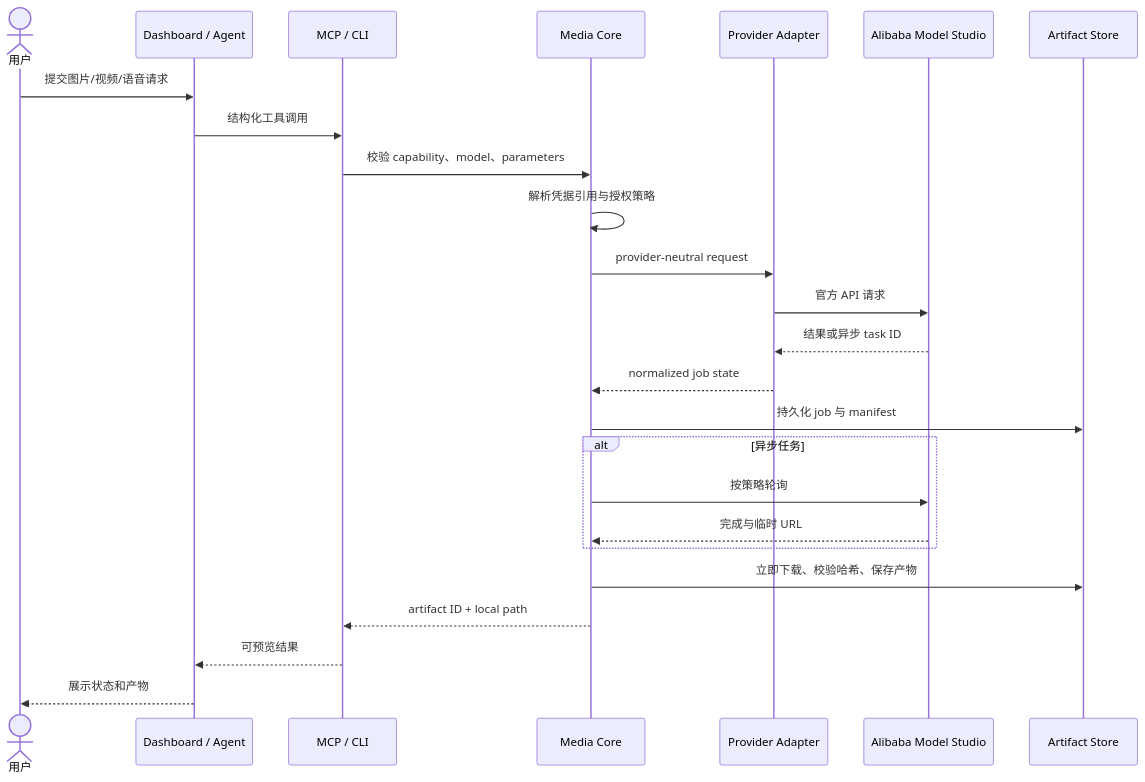
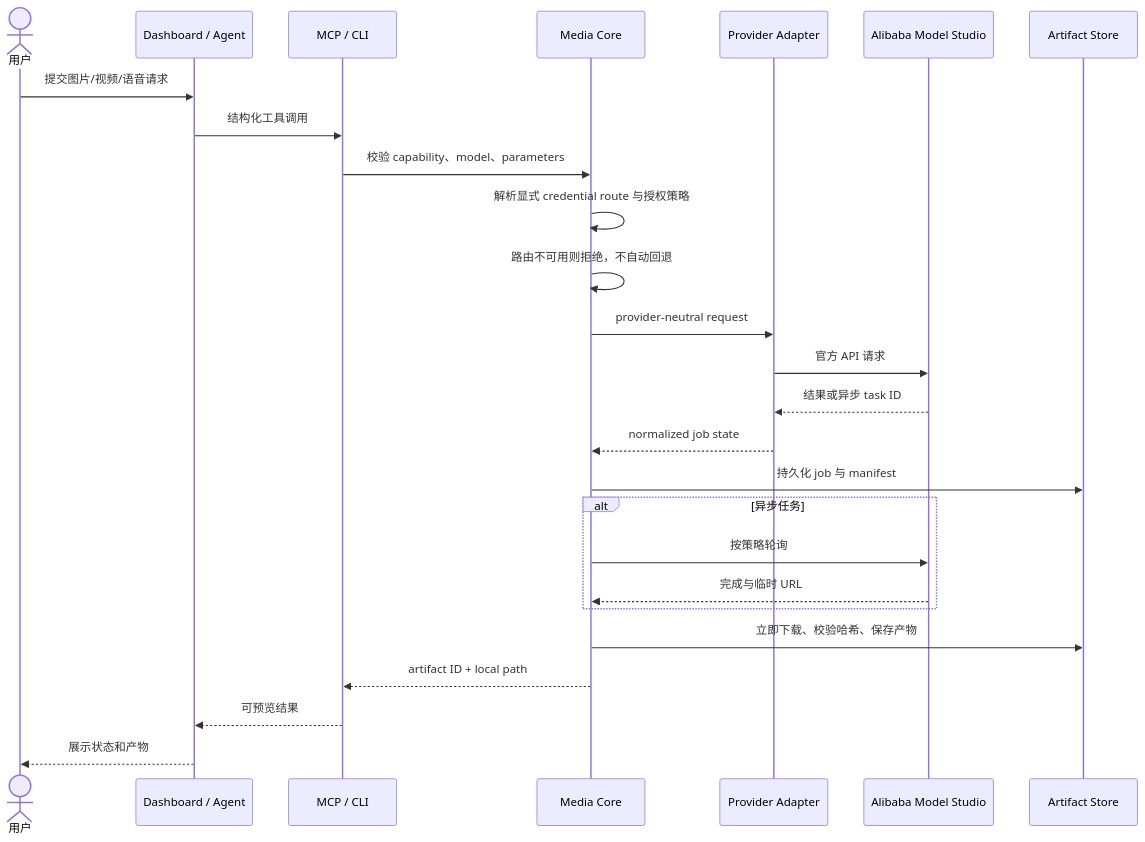
One commit to coconilu/token-plan-media-hub changed the third of 5 diagrams in docs/user-flows.zh-CN.md. Above: the diagram before and after it, drawn with Mermaid. The commit also changed other lines of this file and 9 other files, not shown here.

````diff
--- a/docs/user-flows.zh-CN.md
+++ b/docs/user-flows.zh-CN.md
@@ -44,28 +46,29 @@
 ```mermaid
 sequenceDiagram
     actor U as 用户
     participant X as Dashboard / Agent
     participant M as MCP / CLI
     participant C as Media Core
     participant P as Provider Adapter
     participant A as Alibaba Model Studio
     participant S as Artifact Store
 
     U->>X: 提交图片/视频/语音请求
     X->>M: 结构化工具调用
     M->>C: 校验 capability、model、parameters
-    C->>C: 解析凭据引用与授权策略
+    C->>C: 解析显式 credential route 与授权策略
+    C->>C: 路由不可用则拒绝，不自动回退
     C->>P: provider-neutral request
     P->>A: 官方 API 请求
     A-->>P: 结果或异步 task ID
     P-->>C: normalized job state
     C->>S: 持久化 job 与 manifest
     alt 异步任务
         C->>A: 按策略轮询
         A-->>C: 完成与临时 URL
     end
     C->>S: 立即下载、校验哈希、保存产物
     C-->>M: artifact ID + local path
     M-->>X: 可预览结果
     X-->>U: 展示状态和产物
 ```
````
